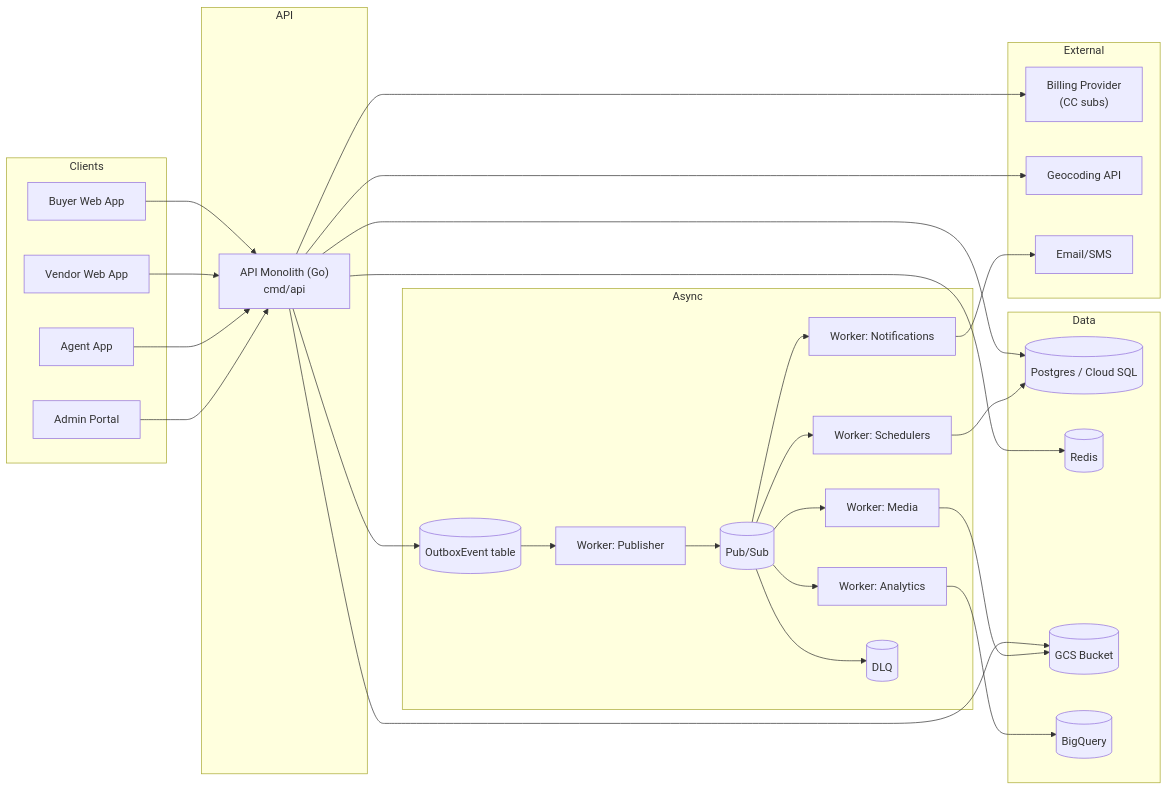
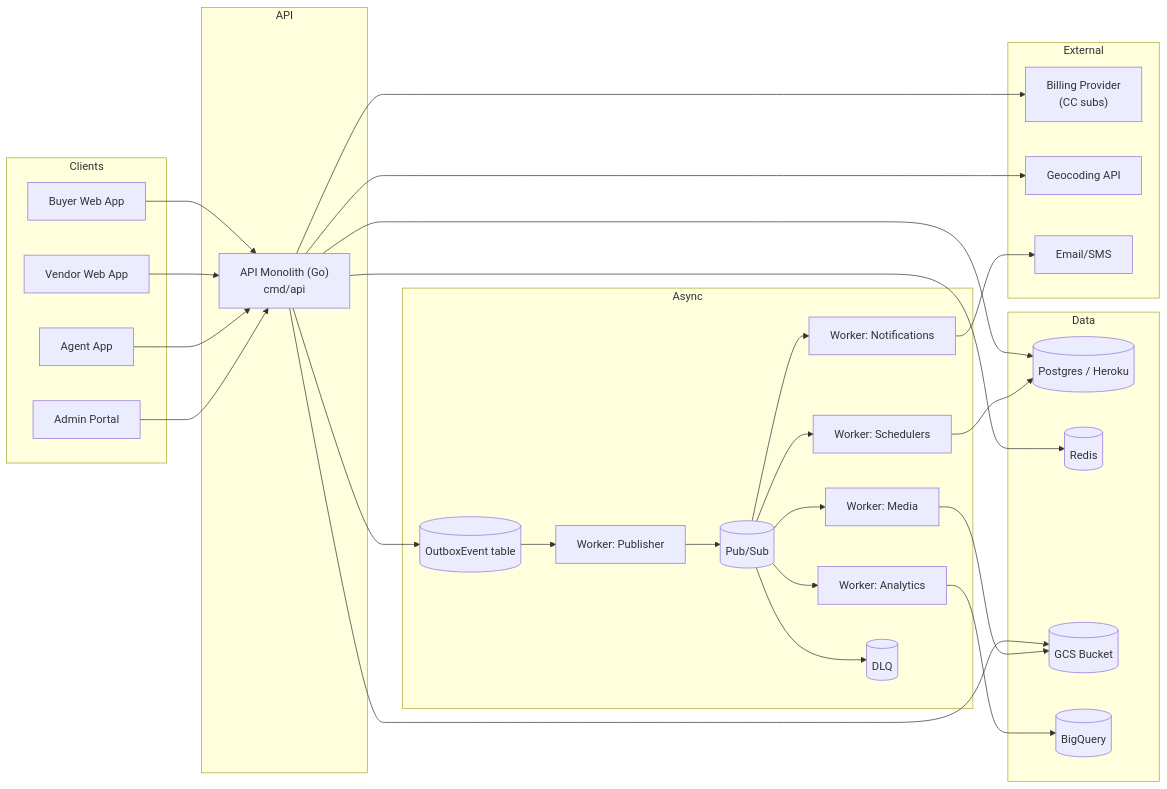
The first of 7 diagrams in DESIGN_DOC.md (mondragon-ai/packfinderz-backend), drawn with Mermaid before and after one commit. The commit also changed other lines of this file and 15 other files, not shown here.

````diff
--- a/DESIGN_DOC.md
+++ b/DESIGN_DOC.md
@@ -1045,61 +1045,61 @@
 ```mermaid
 flowchart LR
   subgraph Clients
     B[Buyer Web App]
     V[Vendor Web App]
     AG[Agent App]
     AD[Admin Portal]
   end
 
   subgraph API
     API1["API Monolith (Go)<br/>cmd/api"]
   end
 
   subgraph Data
-    PG[("Postgres / Cloud SQL")]
+    PG[("Postgres / Heroku")]
     R[("Redis")]
     GCS[("GCS Bucket")]
     BQ[("BigQuery")]
   end
 
   subgraph Async
     OUT[("OutboxEvent table")]
     PS[("Pub/Sub")]
     W0["Worker: Publisher"]
     WN["Worker: Notifications"]
     WS["Worker: Schedulers"]
     WA["Worker: Analytics"]
     WM["Worker: Media"]
     DLQ[("DLQ")]
   end
 
   subgraph External
     BILL["Billing Provider<br/>(CC subs)"]
     GEO["Geocoding API"]
     MSG["Email/SMS"]
   end
 
   B --> API1
   V --> API1
   AG --> API1
   AD --> API1
 
   API1 --> PG
   API1 --> R
   API1 --> GCS
   API1 --> GEO
   API1 --> BILL
 
   API1 --> OUT
   OUT --> W0 --> PS
   PS --> WN
   PS --> WS
   PS --> WA
   PS --> WM
   PS --> DLQ
 
   WN --> MSG
   WA --> BQ
   WM --> GCS
   WS --> PG
 ```
````
